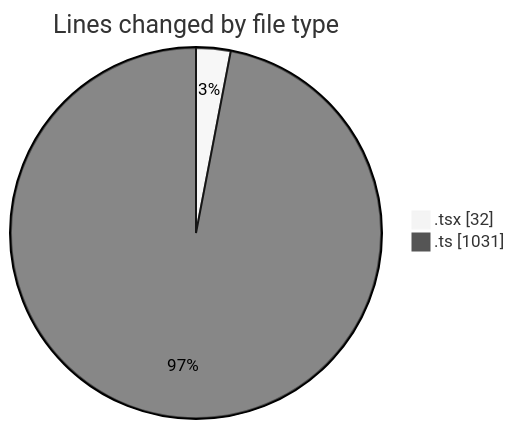
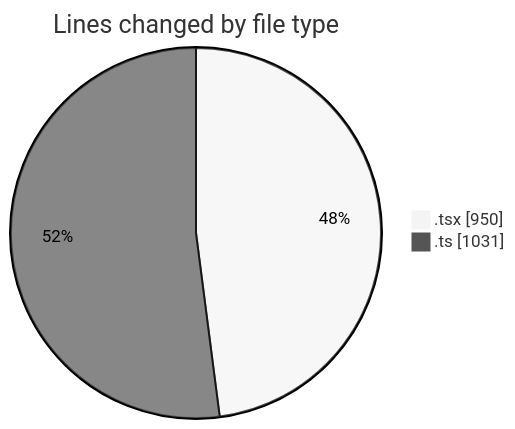
One commit to JenPaints/code-tracking changed the first of 2 diagrams in 2025-06-26/archive/README.md. Above: the diagram before and after it, drawn with Mermaid (neutral theme). The commit also changed other lines of this file and 1 other file, not shown here.

````diff
--- a/2025-06-26/archive/README.md
+++ b/2025-06-26/archive/README.md
@@ -23,6 +23,6 @@
 ```mermaid
 pie showData
 title Lines changed by file type
-".tsx" : 32
+".tsx" : 950
 ".ts" : 1031
 ```
````
